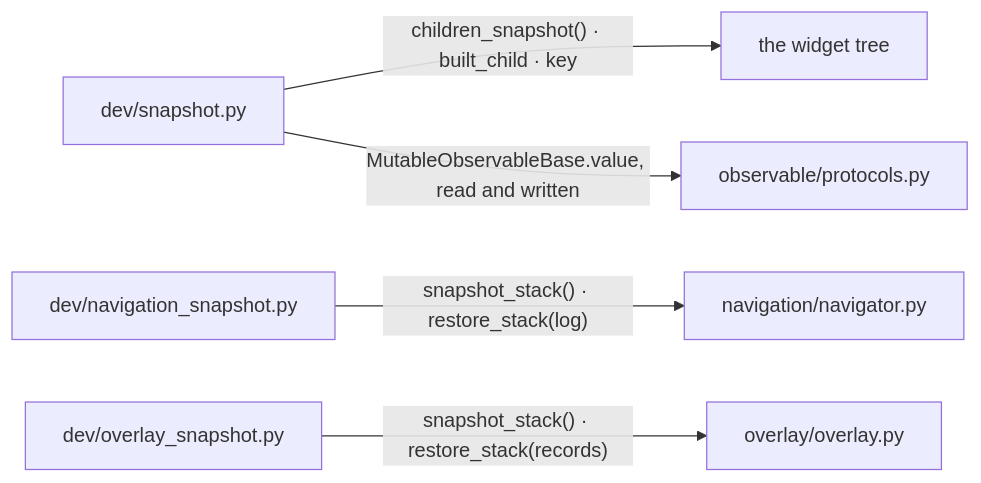
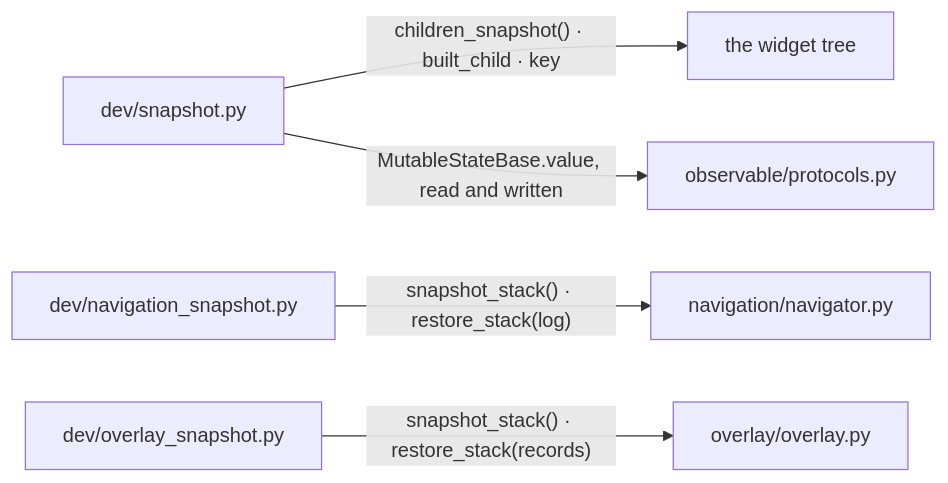
The sixth of 7 diagrams in docs/design/HOT_RELOAD.md (yuksblog/nuiitivet), drawn with Mermaid before and after one commit. The commit also changed other lines of this file and 77 other files, not shown here.

````diff
--- a/docs/design/HOT_RELOAD.md
+++ b/docs/design/HOT_RELOAD.md
@@ -215,15 +215,15 @@
 ```mermaid
 flowchart LR
     snap[dev/snapshot.py]
     navsnap[dev/navigation_snapshot.py]
     ovsnap[dev/overlay_snapshot.py]
     tree[the widget tree]
     obs[observable/protocols.py]
     navigator[navigation/navigator.py]
     overlay[overlay/overlay.py]
 
     snap -- "children_snapshot() · built_child · key" --> tree
-    snap -- "MutableObservableBase.value, read and written" --> obs
+    snap -- "MutableStateBase.value, read and written" --> obs
     navsnap -- "snapshot_stack() · restore_stack(log)" --> navigator
     ovsnap -- "snapshot_stack() · restore_stack(records)" --> overlay
 ```
````
